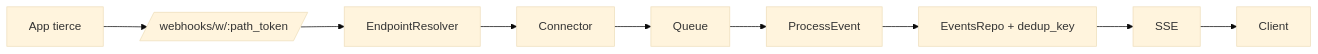
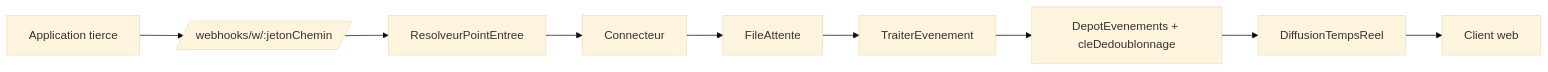
Before and after one commit to hermax2006/fil-unifie: the sixth of 6 diagrams in DIAGRAMME_CLASSES_LEGER.md, drawn with Mermaid (base theme). The commit also changed other lines of this file, not shown here.

Commit message:
Traduction diagramme de classes en français

````diff
--- a/DIAGRAMME_CLASSES_LEGER.md
+++ b/DIAGRAMME_CLASSES_LEGER.md
@@ -134,11 +146,11 @@
 ```mermaid
 flowchart LR
-    A[App tierce] --> B[/webhooks/w/:path_token/]
-    B --> C[EndpointResolver]
-    C --> D[Connector]
-    D --> E[Queue]
-    E --> F[ProcessEvent]
-    F --> G[EventsRepo + dedup_key]
-    G --> H[SSE]
-    H --> I[Client]
+    A[Application tierce] --> B[/webhooks/w/:jetonChemin/]
+    B --> C[ResolveurPointEntree]
+    C --> D[Connecteur]
+    D --> E[FileAttente]
+    E --> F[TraiterEvenement]
+    F --> G[DepotEvenements + cleDedoublonnage]
+    G --> H[DiffusionTempsReel]
+    H --> I[Client web]
 ```
````
